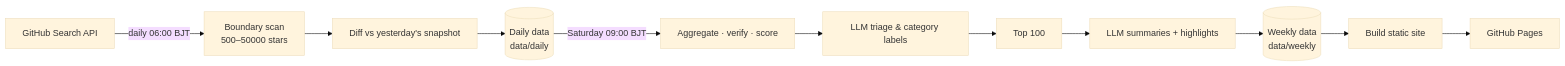
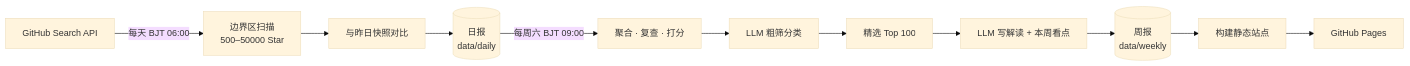
The diagram in README.md (fhan235/github1K), drawn with Mermaid (base theme) before and after one commit. The commit also changed other lines of this file and 2 other files, not shown here.

````diff
--- a/README.md
+++ b/README.md
@@ -63,13 +61,13 @@
 ```mermaid
 flowchart LR
-    A[GitHub Search API] -->|daily 06:00 BJT| B[Boundary scan<br/>500–50000 stars]
-    B --> C[Diff vs yesterday's snapshot]
-    C --> D[(Daily data<br/>data/daily)]
-    D -->|Saturday 09:00 BJT| E[Aggregate · verify · score]
-    E --> F[LLM triage & category labels]
-    F --> G[Top 100]
-    G --> H[LLM summaries + highlights]
-    H --> I[(Weekly data<br/>data/weekly)]
-    I --> J[Build static site]
+    A[GitHub Search API] -->|每天 BJT 06:00| B[边界区扫描<br/>500–50000 Star]
+    B --> C[与昨日快照对比]
+    C --> D[(日报<br/>data/daily)]
+    D -->|每周六 BJT 09:00| E[聚合 · 复查 · 打分]
+    E --> F[LLM 粗筛分类]
+    F --> G[精选 Top 100]
+    G --> H[LLM 写解读 + 本周看点]
+    H --> I[(周报<br/>data/weekly)]
+    I --> J[构建静态站点]
     J --> K[GitHub Pages]
 ```
````
